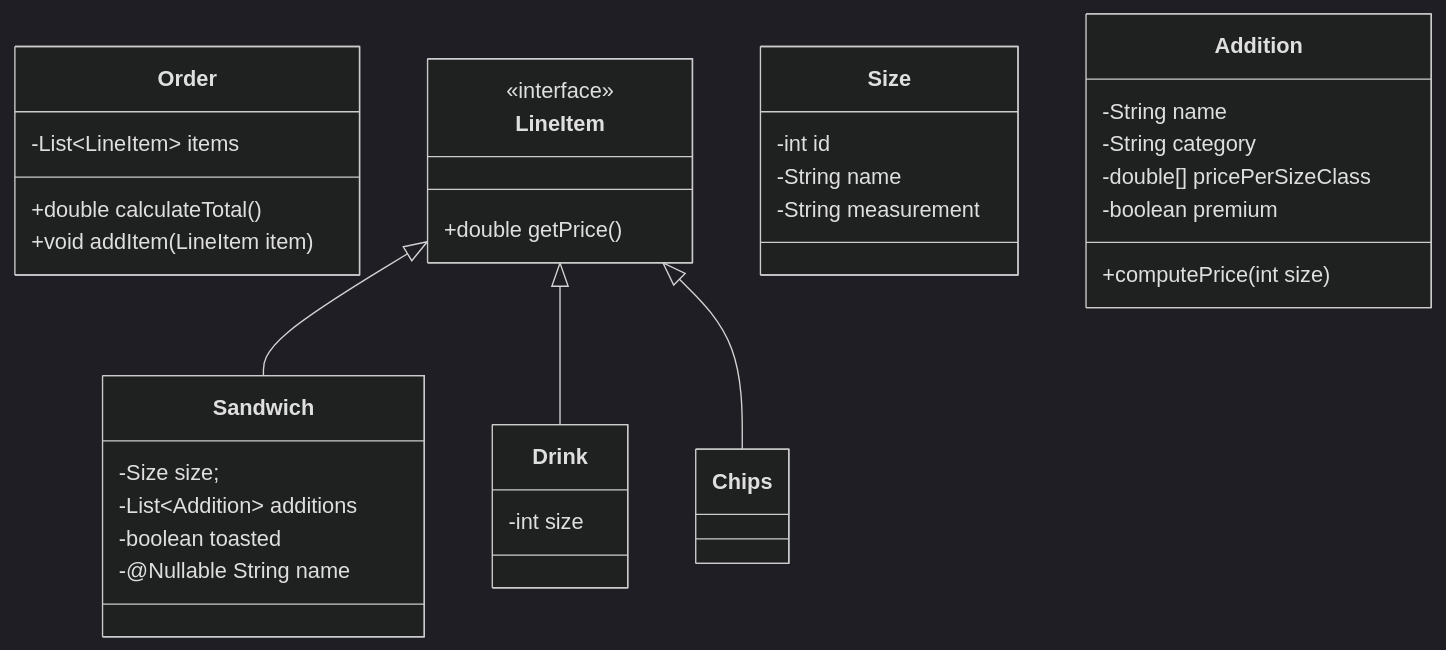
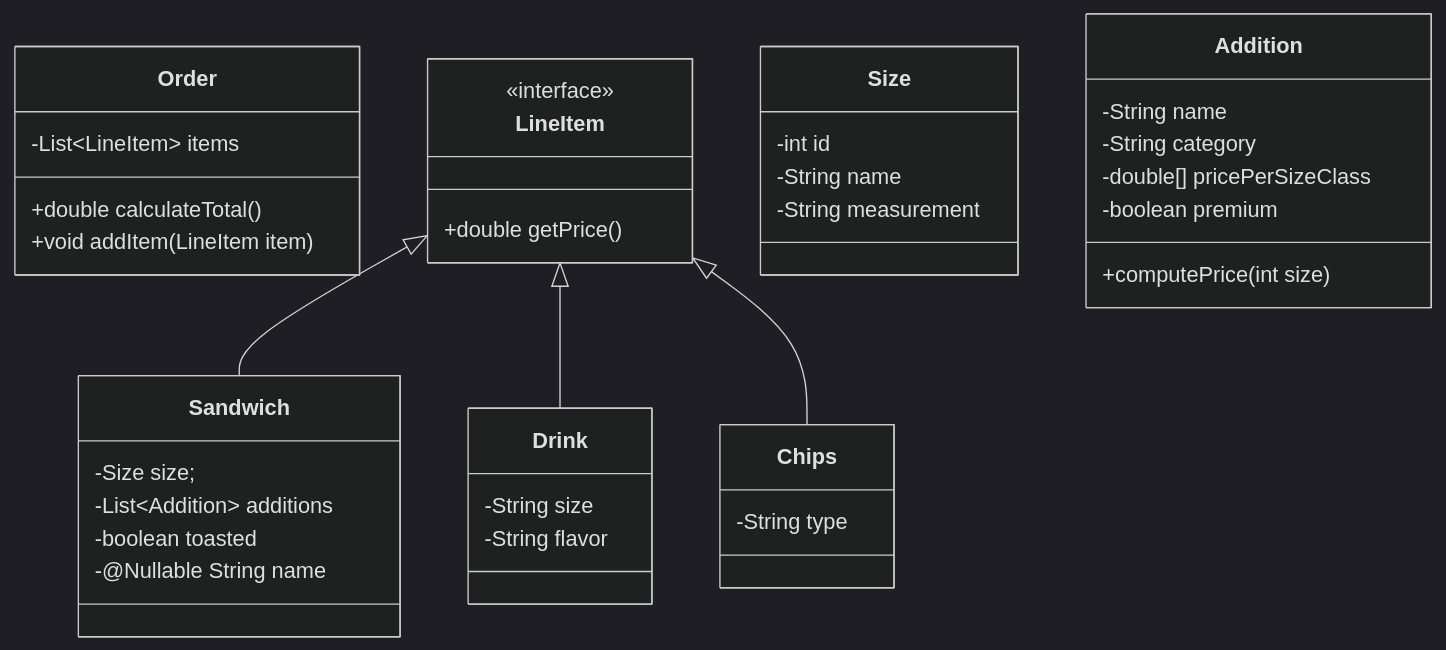
Before and after one commit to yuujn/nuclear-subs: the first of 4 diagrams in diagrams/class_diagrams.md, drawn with Mermaid (dark theme).

Commit message:
add Drink flavor, Chip type, to class diagram

````diff
--- a/diagrams/class_diagrams.md
+++ b/diagrams/class_diagrams.md
@@ -3,42 +3,43 @@
 ```mermaid
 classDiagram
     class Order {
         -List&lt;LineItem&gt; items
         +double calculateTotal()
         +void addItem(LineItem item)
     }
     class LineItem {
         <<interface>>
         +double getPrice()
     }
 
     class Size {
         -int id
         -String name
         -String measurement
     }
 
     LineItem <|-- Sandwich
     class Sandwich {
         -Size size;
         -List&lt;Addition&gt; additions
         -boolean toasted
         -@Nullable String name
     }
     class Addition {
         -String name
         -String category
         -double[] pricePerSizeClass
         -boolean premium
         +computePrice(int size)
     }
     
     LineItem <|-- Drink
     class Drink {
-        -int size
+        -String size
+        -String flavor
     }
     LineItem <|-- Chips
     class Chips {
-        
+        -String type
     }
 ```
````
